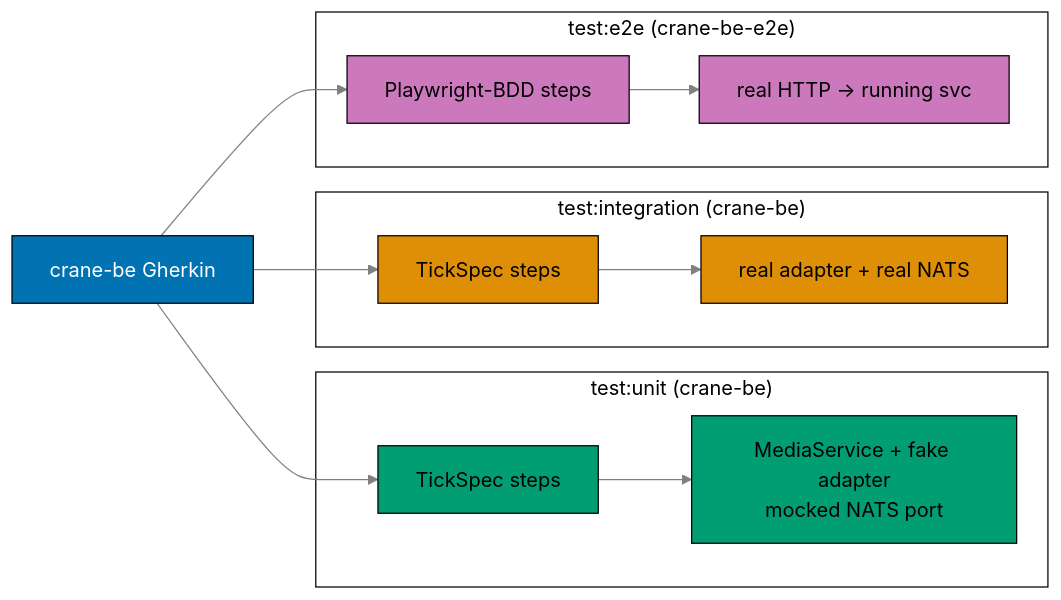
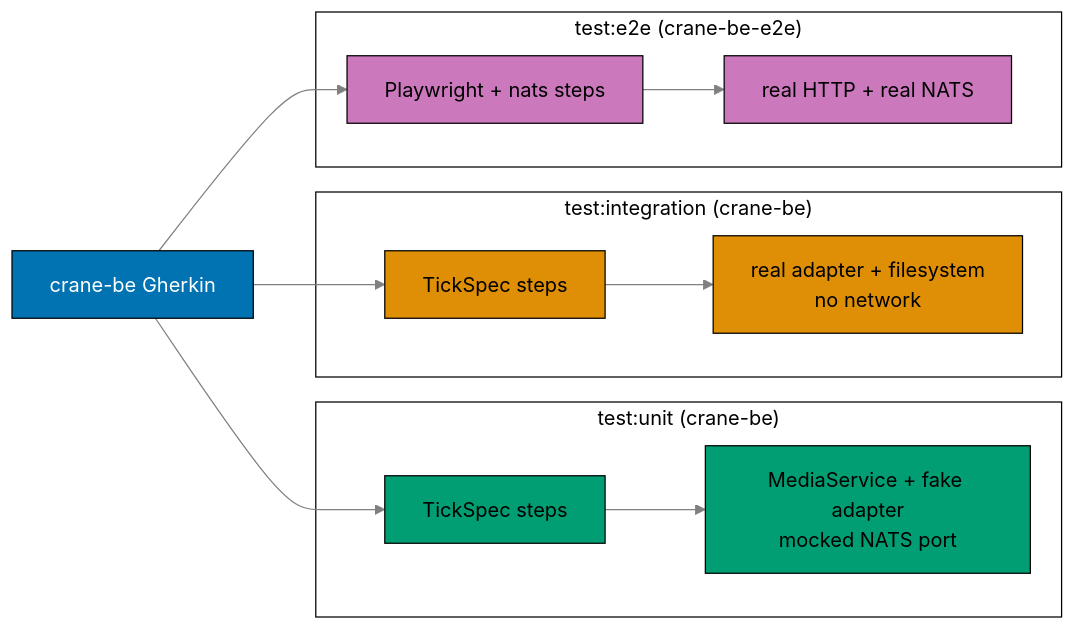
One commit to wahidyankf/baseerah changed the second of 4 diagrams in plans/in-progress/bootstrap-be-messaging-and-crane-media/tech-docs.md. Above: the diagram before and after it, drawn with Mermaid (forest theme). The commit also changed other lines of this file and 4 other files, not shown here.

````diff
--- a/plans/in-progress/bootstrap-be-messaging-and-crane-media/tech-docs.md
+++ b/plans/in-progress/bootstrap-be-messaging-and-crane-media/tech-docs.md
@@ -170,38 +181,38 @@
 ```mermaid
 %% Color-blind-friendly palette: blue #0173B2, orange #DE8F05, green #029E73, purple #CC78BC, grey #808080
 flowchart LR
   G["crane-be Gherkin"]
 
   subgraph UNIT["test:unit (crane-be)"]
     US["TickSpec steps"]
     UM["MediaService + fake adapter<br/>mocked NATS port"]
   end
   subgraph INT["test:integration (crane-be)"]
     IS["TickSpec steps"]
-    IR["real adapter + real NATS"]
+    IR["real adapter + filesystem<br/>no network"]
   end
   subgraph E2E["test:e2e (crane-be-e2e)"]
-    ES["Playwright-BDD steps"]
-    EH["real HTTP -> running svc"]
+    ES["Playwright + nats steps"]
+    EH["real HTTP + real NATS"]
   end
 
   G --> US
   G --> IS
   G --> ES
   US --> UM
   IS --> IR
   ES --> EH
 
   linkStyle default stroke:#808080,stroke-width:1px
 
   style G fill:#0173B2,stroke:#000000,color:#FFFFFF
   style UNIT fill:#FFFFFF,stroke:#000000,color:#000000
   style INT fill:#FFFFFF,stroke:#000000,color:#000000
   style E2E fill:#FFFFFF,stroke:#000000,color:#000000
   style US fill:#029E73,stroke:#000000,color:#000000
   style UM fill:#029E73,stroke:#000000,color:#000000
   style IS fill:#DE8F05,stroke:#000000,color:#000000
   style IR fill:#DE8F05,stroke:#000000,color:#000000
   style ES fill:#CC78BC,stroke:#000000,color:#000000
   style EH fill:#CC78BC,stroke:#000000,color:#000000
 ```
````
